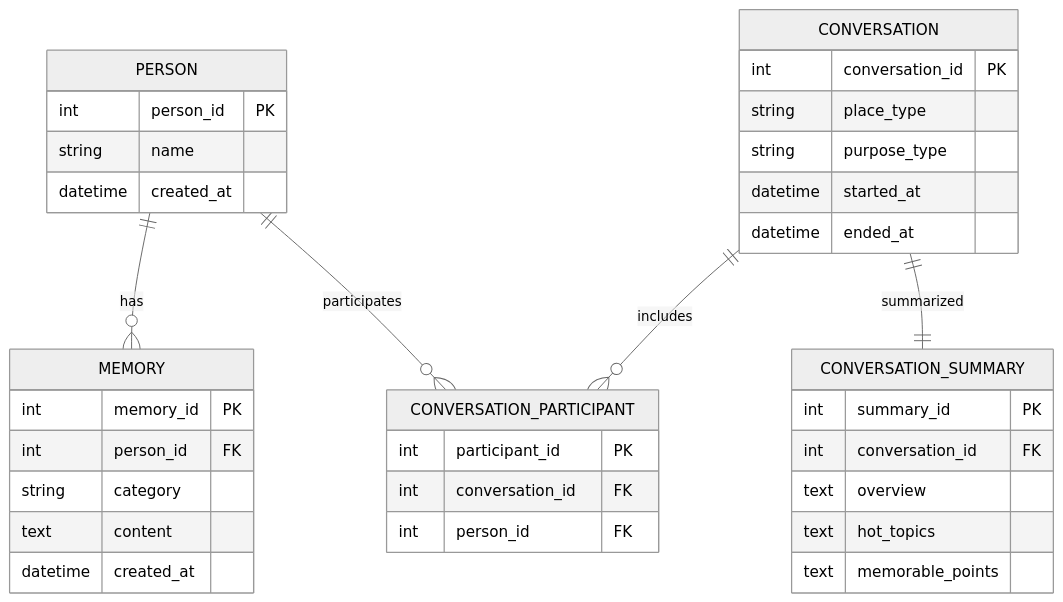
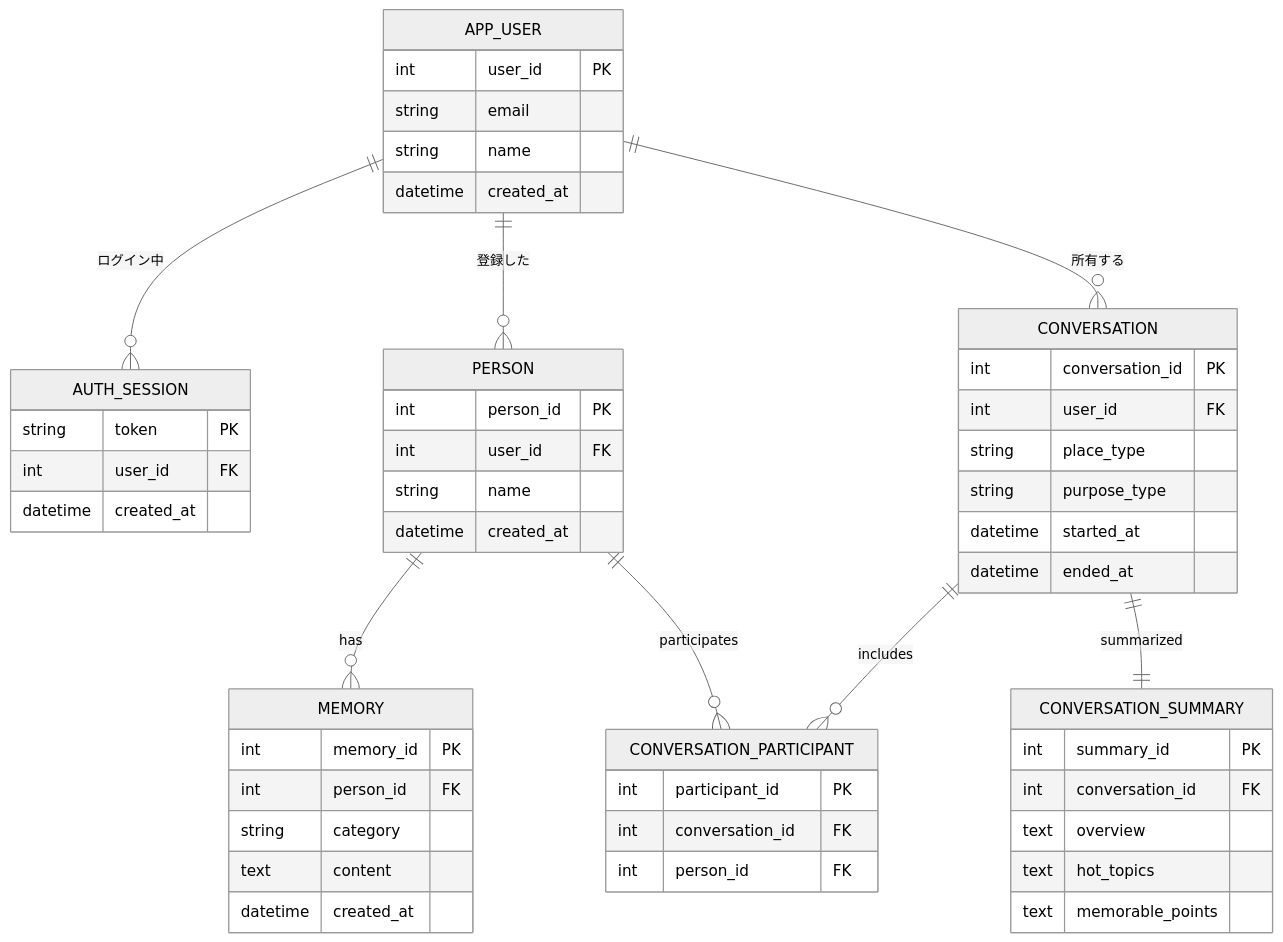
Before and after one commit to KaichoHarry/talk-seed: the fourth of 4 diagrams in docs/全体設計.md, drawn with Mermaid (neutral theme). The commit also changed other lines of this file and 4 other files, not shown here.

````diff
--- a/docs/全体設計.md
+++ b/docs/全体設計.md
@@ -245,47 +295,68 @@
 ```mermaid
 erDiagram
 
+    APP_USER {
+        int user_id PK
+        string email
+        string name
+        datetime created_at
+    }
+
+    AUTH_SESSION {
+        string token PK
+        int user_id FK
+        datetime created_at
+    }
+
     PERSON {
         int person_id PK
+        int user_id FK
         string name
         datetime created_at
     }
 
     MEMORY {
         int memory_id PK
         int person_id FK
         string category
         text content
         datetime created_at
     }
 
     CONVERSATION {
         int conversation_id PK
+        int user_id FK
         string place_type
         string purpose_type
         datetime started_at
         datetime ended_at
     }
 
     CONVERSATION_PARTICIPANT {
         int participant_id PK
         int conversation_id FK
         int person_id FK
     }
 
     CONVERSATION_SUMMARY {
         int summary_id PK
         int conversation_id FK
         text overview
         text hot_topics
         text memorable_points
     }
 
+    APP_USER ||--o{ AUTH_SESSION : "ログイン中"
+
+    APP_USER ||--o{ PERSON : "登録した"
+
+    APP_USER ||--o{ CONVERSATION : "所有する"
+
     PERSON ||--o{ MEMORY : has
 
     PERSON ||--o{ CONVERSATION_PARTICIPANT : participates
 
     CONVERSATION ||--o{ CONVERSATION_PARTICIPANT : includes
 
     CONVERSATION ||--|| CONVERSATION_SUMMARY : summarized
 ```
````
